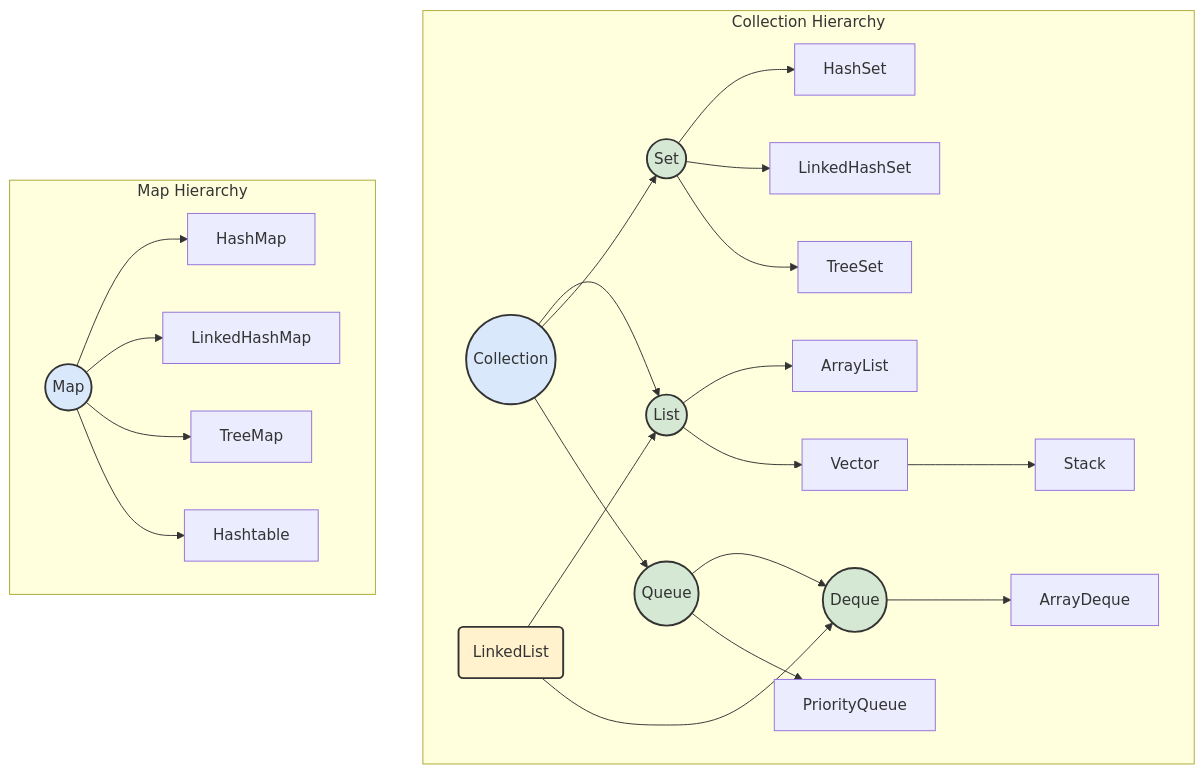
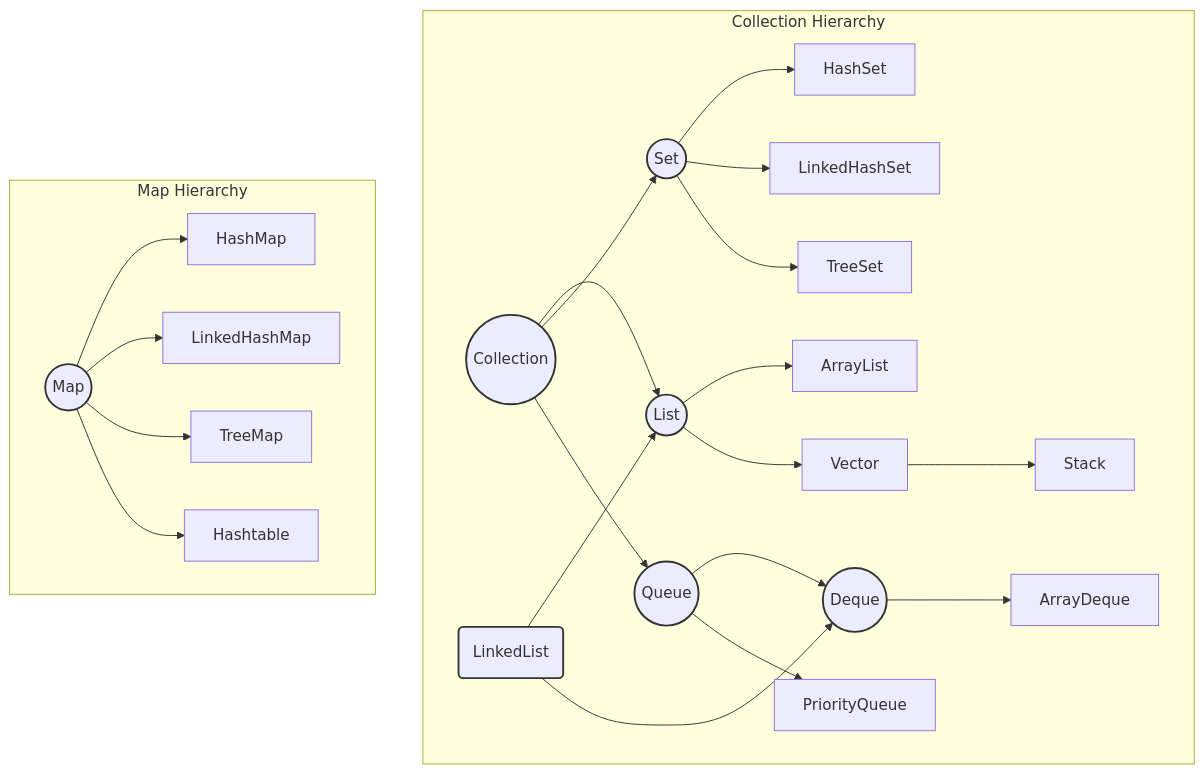
Before and after one commit to pdheeraj99/Java_Collections: the diagram in java-collections-mastery/01-Foundation-Concepts/1-Collection-Framework-Architecture/README.md, drawn with Mermaid.

````diff
--- a/java-collections-mastery/01-Foundation-Concepts/1-Collection-Framework-Architecture/README.md
+++ b/java-collections-mastery/01-Foundation-Concepts/1-Collection-Framework-Architecture/README.md
@@ -22,40 +22,40 @@
 ```mermaid
 graph TD
     subgraph Collection Hierarchy
         I_Collection((Collection)) --> I_List((List))
         I_Collection --> I_Set((Set))
         I_Collection --> I_Queue((Queue))
 
         I_Queue --> I_Deque((Deque))
 
         I_List --> C_ArrayList[ArrayList]
         I_List --> C_Vector[Vector]
         C_Vector --> C_Stack[Stack]
 
         I_Set --> C_HashSet[HashSet]
         I_Set --> C_LinkedHashSet[LinkedHashSet]
         I_Set --> C_TreeSet[TreeSet]
 
         I_Queue --> C_PriorityQueue[PriorityQueue]
 
         I_Deque --> C_ArrayDeque[ArrayDeque]
 
         C_LinkedList(LinkedList) --> I_List
         C_LinkedList --> I_Deque
     end
 
     subgraph Map Hierarchy
         I_Map((Map)) --> C_HashMap[HashMap]
         I_Map --> C_LinkedHashMap[LinkedHashMap]
         I_Map --> C_TreeMap[TreeMap]
         I_Map --> C_Hashtable[Hashtable]
     end
 
-    style I_Collection fill:#dae8fc,stroke:#333,stroke-width:2px
-    style I_Map fill:#dae8fc,stroke:#333,stroke-width:2px
-    style I_List fill:#d5e8d4,stroke:#333,stroke-width:2px
-    style I_Set fill:#d5e8d4,stroke:#333,stroke-width:2px
-    style I_Queue fill:#d5e8d4,stroke:#333,stroke-width:2px
-    style I_Deque fill:#d5e8d4,stroke:#333,stroke-width:2px
-    style C_LinkedList fill:#fff2cc,stroke:#333,stroke-width:2px
+    style I_Collection stroke:#333,stroke-width:2px
+    style I_Map stroke:#333,stroke-width:2px
+    style I_List stroke:#333,stroke-width:2px
+    style I_Set stroke:#333,stroke-width:2px
+    style I_Queue stroke:#333,stroke-width:2px
+    style I_Deque stroke:#333,stroke-width:2px
+    style C_LinkedList stroke:#333,stroke-width:2px
 ```
````
